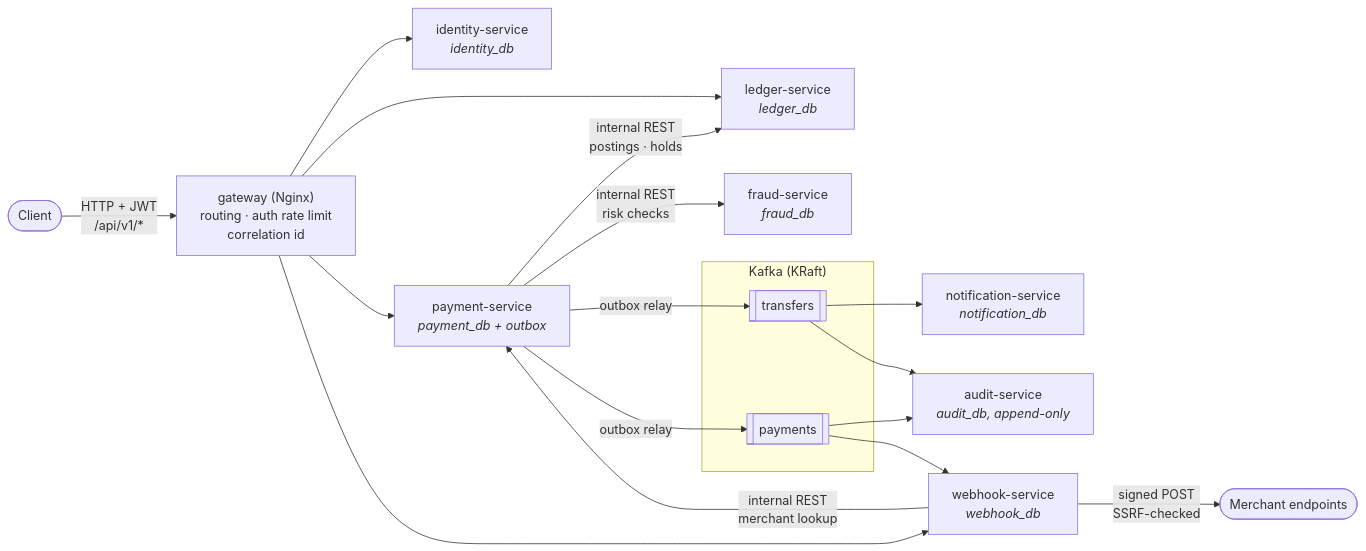
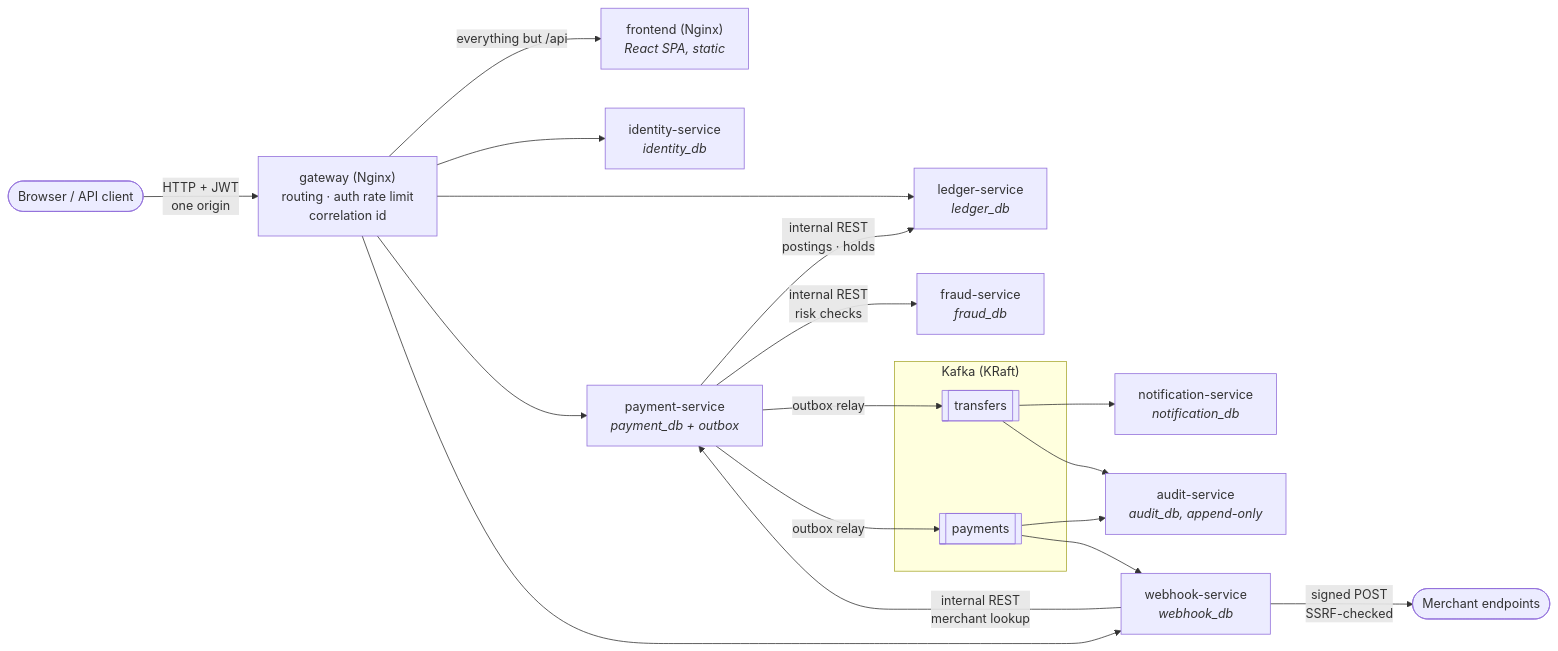
The first of 3 diagrams in docs/diagrams/architecture.md (kadirovhabibjon/FinCore), drawn with Mermaid before and after one commit. The commit also changed other lines of this file and 5 other files, not shown here.

````diff
--- a/docs/diagrams/architecture.md
+++ b/docs/diagrams/architecture.md
@@ -13,26 +13,28 @@
 ```mermaid
 flowchart LR
-    CLIENT([Client]) -->|"HTTP + JWT<br/>/api/v1/*"| GW["gateway (Nginx)<br/>routing · auth rate limit<br/>correlation id"]
+    CLIENT([Browser / API client]) -->|"HTTP + JWT<br/>one origin"| GW["gateway (Nginx)<br/>routing · auth rate limit<br/>correlation id"]
+
+    GW -->|"everything but /api"| FE["frontend (Nginx)<br/><i>React SPA, static</i>"]
 
     GW --> ID["identity-service<br/><i>identity_db</i>"]
     GW --> LED["ledger-service<br/><i>ledger_db</i>"]
     GW --> PAY["payment-service<br/><i>payment_db + outbox</i>"]
     GW --> WH["webhook-service<br/><i>webhook_db</i>"]
 
     PAY -->|"internal REST<br/>postings · holds"| LED
     PAY -->|"internal REST<br/>risk checks"| FR["fraud-service<br/><i>fraud_db</i>"]
     WH -->|"internal REST<br/>merchant lookup"| PAY
 
     subgraph KAFKA["Kafka (KRaft)"]
         TT[[transfers]]
         TP[[payments]]
     end
 
     PAY -->|outbox relay| TT
     PAY -->|outbox relay| TP
     TT --> NO["notification-service<br/><i>notification_db</i>"]
     TT --> AU["audit-service<br/><i>audit_db, append-only</i>"]
     TP --> AU
     TP --> WH
     WH -->|"signed POST<br/>SSRF-checked"| MERCHANT([Merchant endpoints])
 ```
````
